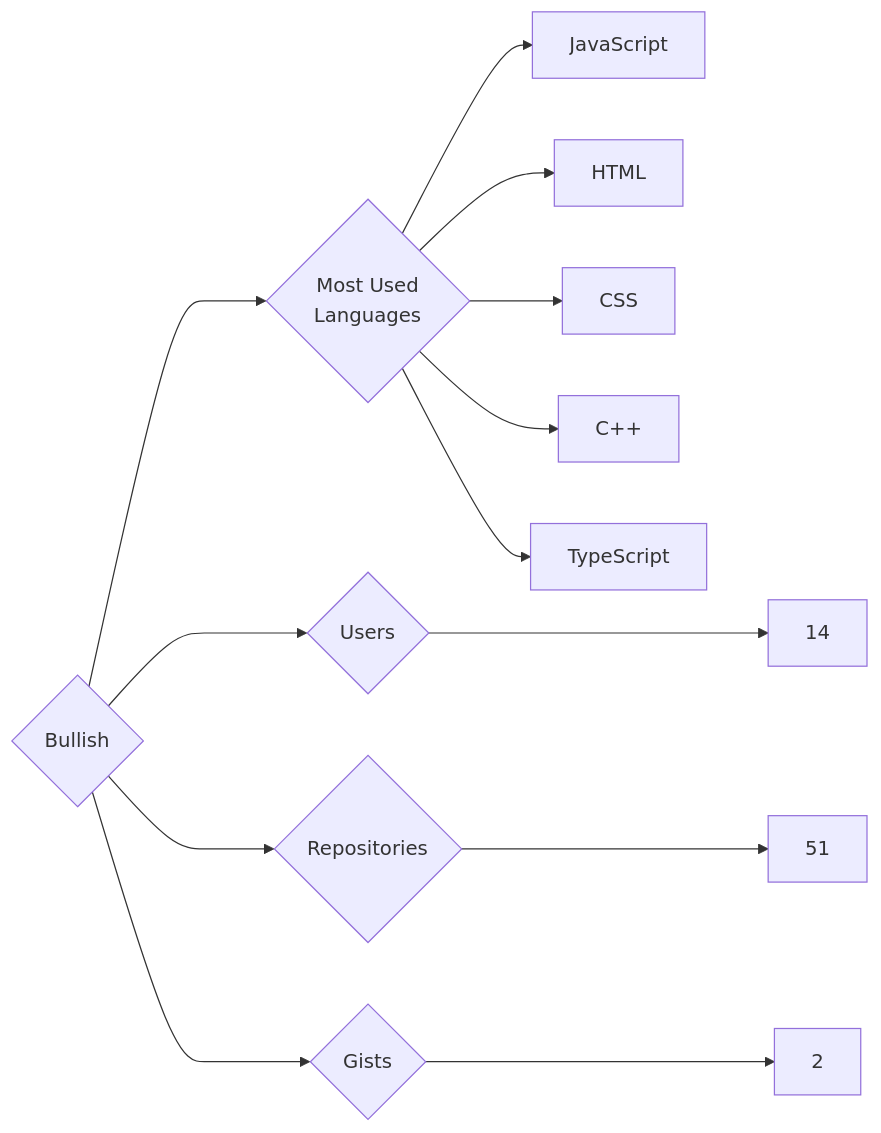
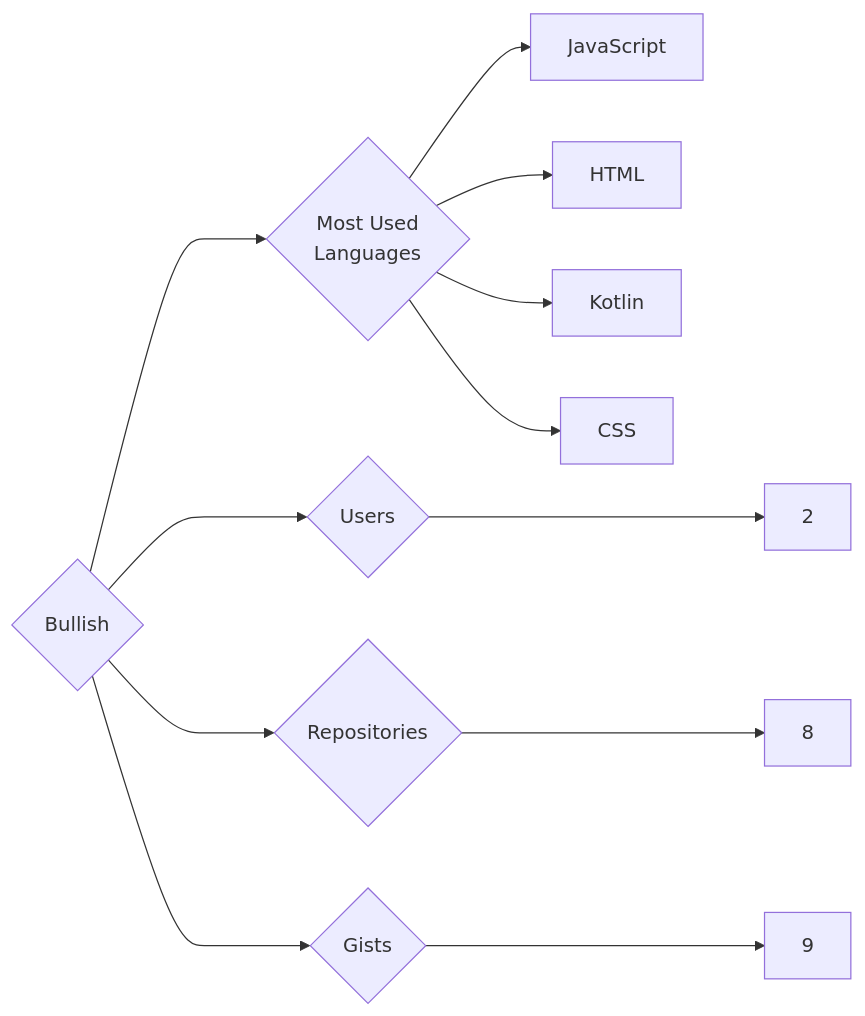
The diagram in targets/Bullish/README.md (trickest/insiders), drawn with Mermaid before and after one commit. The commit also changed 745 other files, not shown here.

````diff
--- a/targets/Bullish/README.md
+++ b/targets/Bullish/README.md
@@ -3,13 +3,12 @@
 ```mermaid
 graph LR
 COMPANY_NAME{Bullish}
-COMPANY_NAME ---> U{Users} ---> UN[14]
-COMPANY_NAME ---> R{Repositories} ---> RN[51]
-COMPANY_NAME ---> G{Gists} ---> GN[2]
+COMPANY_NAME ---> U{Users} ---> UN[2]
+COMPANY_NAME ---> R{Repositories} ---> RN[8]
+COMPANY_NAME ---> G{Gists} ---> GN[9]
 COMPANY_NAME ---> ML{Most Used<br>Languages}
 ML --> JavaScript[JavaScript]
 ML --> HTML[HTML]
+ML --> Kotlin[Kotlin]
 ML --> CSS[CSS]
-ML --> C++[C++]
-ML --> TypeScript[TypeScript]
 ```
````
